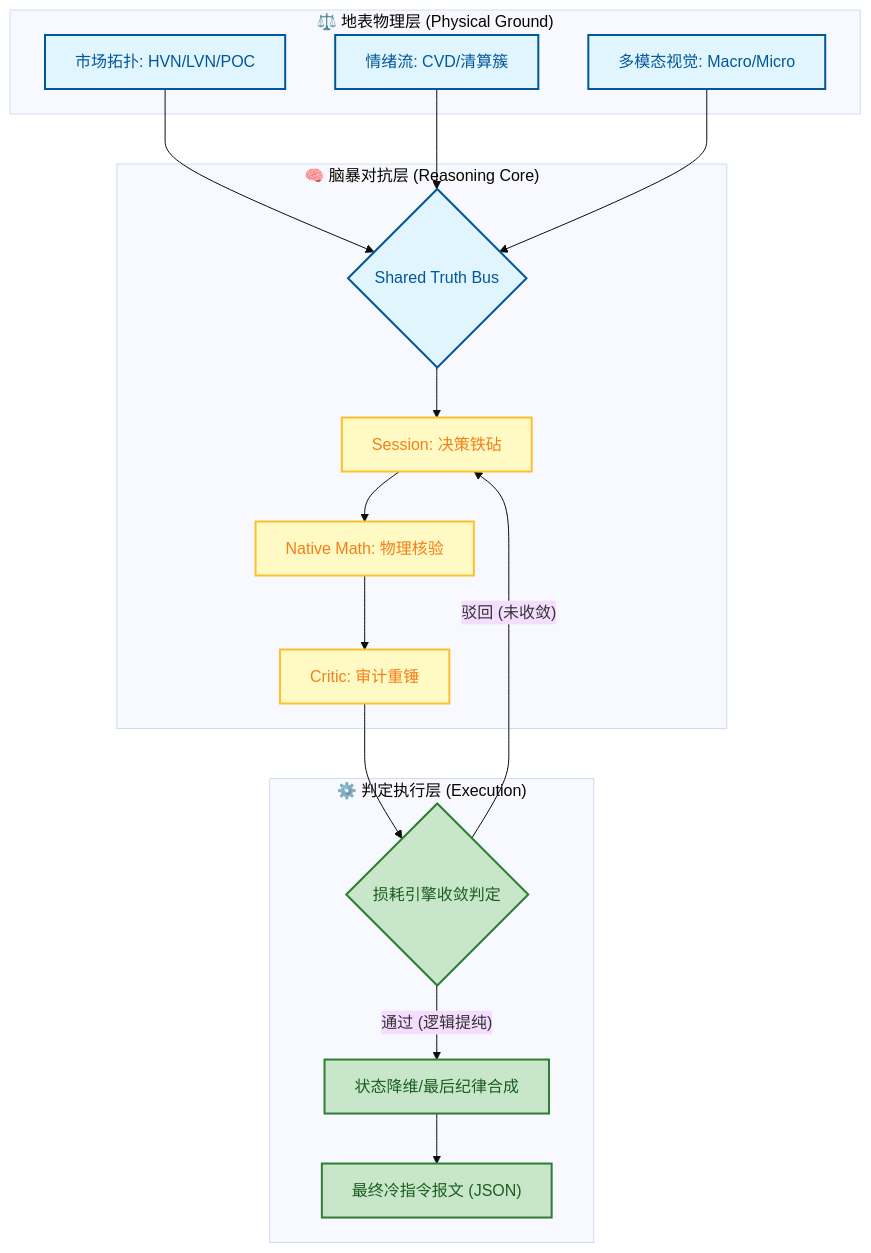
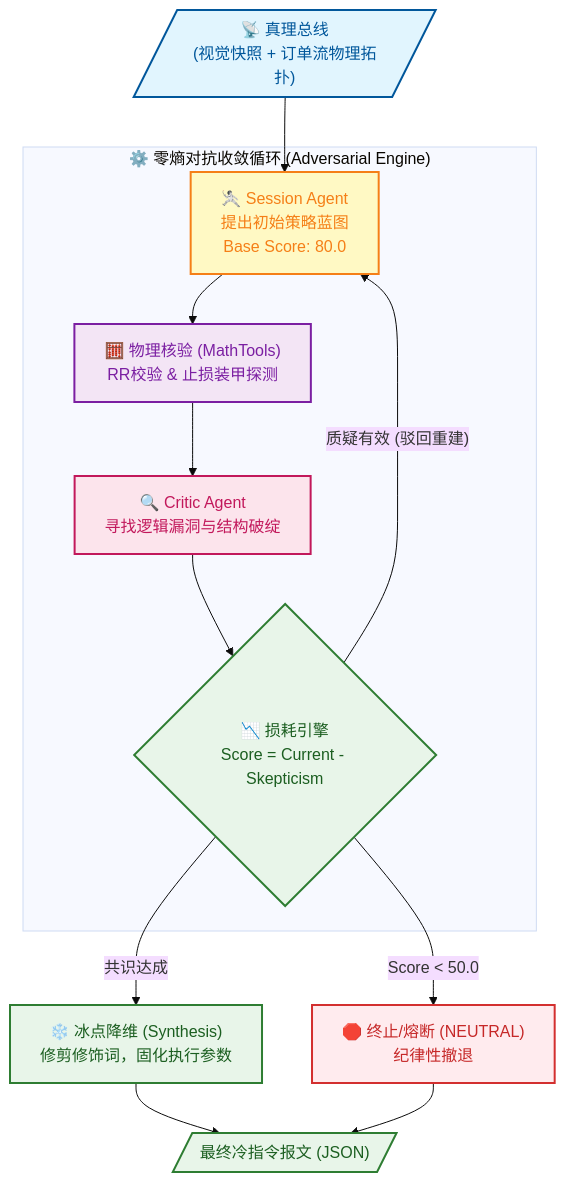
The diagram in README.md (jiangyang5157/binary-star), drawn with Mermaid (base theme) before and after one commit. The commit also changed other lines of this file, not shown here.

````diff
--- a/README.md
+++ b/README.md
@@ -69,38 +26,32 @@
 ```mermaid
 graph TD
-    %% 样式定义
-    classDef physical fill:#e1f5fe,stroke:#01579b,stroke-width:2px,color:#01579b
-    classDef logic fill:#fff9c4,stroke:#fbc02d,stroke-width:2px,color:#f57f17
-    classDef exec fill:#c8e6c9,stroke:#2e7d32,stroke-width:2px,color:#1b5e20
+    classDef physics fill:#e1f5fe,stroke:#01579b,stroke-width:2px,color:#01579b
+    classDef analyst fill:#fff9c4,stroke:#f57f17,stroke-width:2px,color:#f57f17
+    classDef critic fill:#fce4ec,stroke:#c2185b,stroke-width:2px,color:#c2185b
+    classDef math fill:#f3e5f5,stroke:#7b1fa2,stroke-width:2px,color:#7b1fa2
+    classDef exec fill:#e8f5e9,stroke:#2e7d32,stroke-width:2px,color:#1b5e20
+    classDef halt fill:#ffebee,stroke:#d32f2f,stroke-width:2px,color:#c62828
 
-    subgraph Physical_Layer ["⚖️ 地表物理层 (Physical Ground)"]
-        A1["市场拓扑: HVN/LVN/POC"]:::physical
-        A2["情绪流: CVD/清算簇"]:::physical
-        A3["多模态视觉: Macro/Micro"]:::physical
+    TruthBus[/"📡 真理总线<br>(视觉快照 + 订单流物理拓扑)"/]:::physics
+    
+    subgraph Convergence_Engine ["⚙️ 零熵对抗收敛循环 (Adversarial Engine)"]
+        Thesis["🤺 Session Agent<br/>提出初始策略蓝图<br/>Base Score: 80.0"]:::analyst
+        Math["🧮 物理核验 (MathTools)<br/>RR校验 & 止损装甲探测"]:::math
+        AntiThesis["🔍 Critic Agent<br/>寻找逻辑漏洞与结构破绽"]:::critic
+        Decay{"📉 损耗引擎<br/>Score = Current - Skepticism"}:::exec
+        
+        Thesis --> Math --> AntiThesis --> Decay
+        Decay -- "质疑有效 (驳回重建)" --> Thesis
     end
-
-    subgraph Reasoning_Core ["🧠 脑暴对抗层 (Reasoning Core)"]
-        B{"Shared Truth Bus"}:::physical
-        C["Session: 决策铁砧"]:::logic
-        D["Native Math: 物理核验"]:::logic
-        E["Critic: 审计重锤"]:::logic
-    end
-
-    subgraph Deterministic_Execution ["⚙️ 判定执行层 (Execution)"]
-        F{"损耗引擎收敛判定"}:::exec
-        G["状态降维/最后纪律合成"]:::exec
-        H["最终冷指令报文 (JSON)"]:::exec
-    end
-
-    %% 显式连接以提高兼容性
-    A1 --> B
-    A2 --> B
-    A3 --> B
-    B  --> C
-    C  --> D
-    D  --> E
-    E  --> F
-    F  -- "驳回 (未收敛)" --> C
-    F  -- "通过 (逻辑提纯)" --> G
-    G  --> H
+    
+    TruthBus --> Thesis
+    
+    Synthesize["❄️ 冰点降维 (Synthesis)<br/>修剪修饰词，固化执行参数"]:::exec
+    Halt["🛑 终止/熔断 (NEUTRAL)<br/>纪律性撤退"]:::halt
+    Output[/"最终冷指令报文 (JSON)"/]:::exec
+    
+    Decay -- "共识达成" --> Synthesize
+    Decay -- "Score < 50.0" --> Halt
+    Synthesize --> Output
+    Halt --> Output
 ```
````
